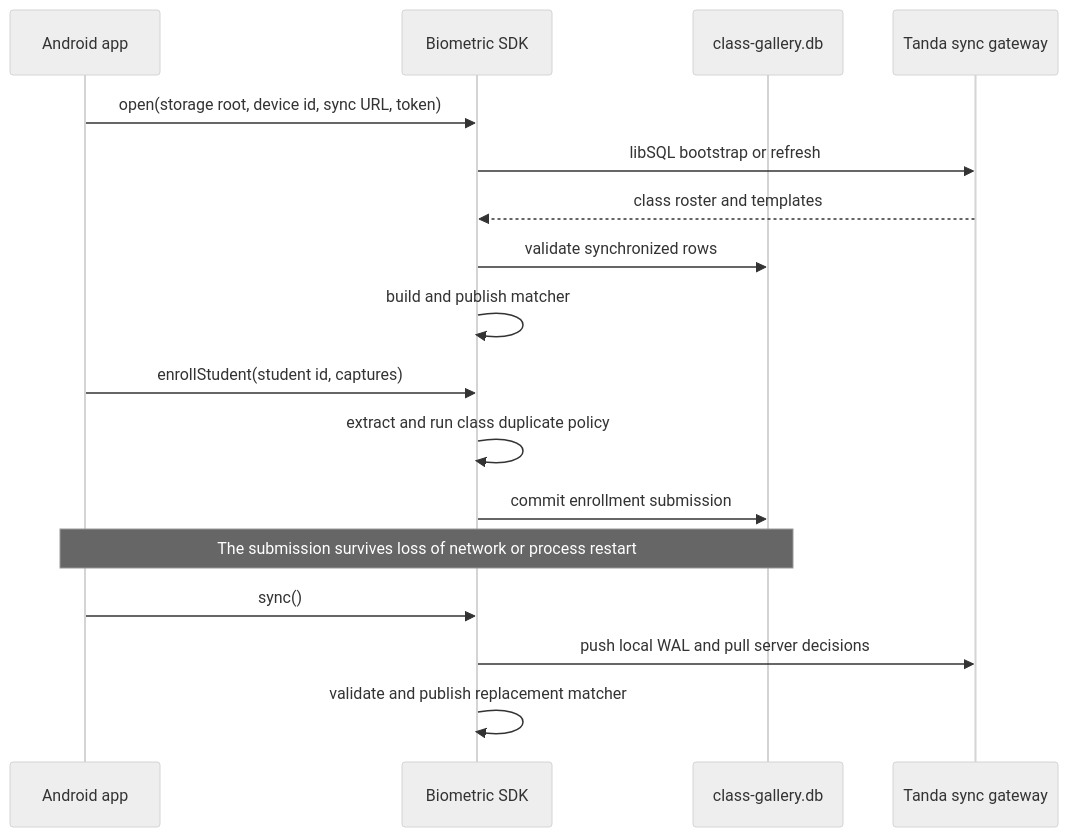
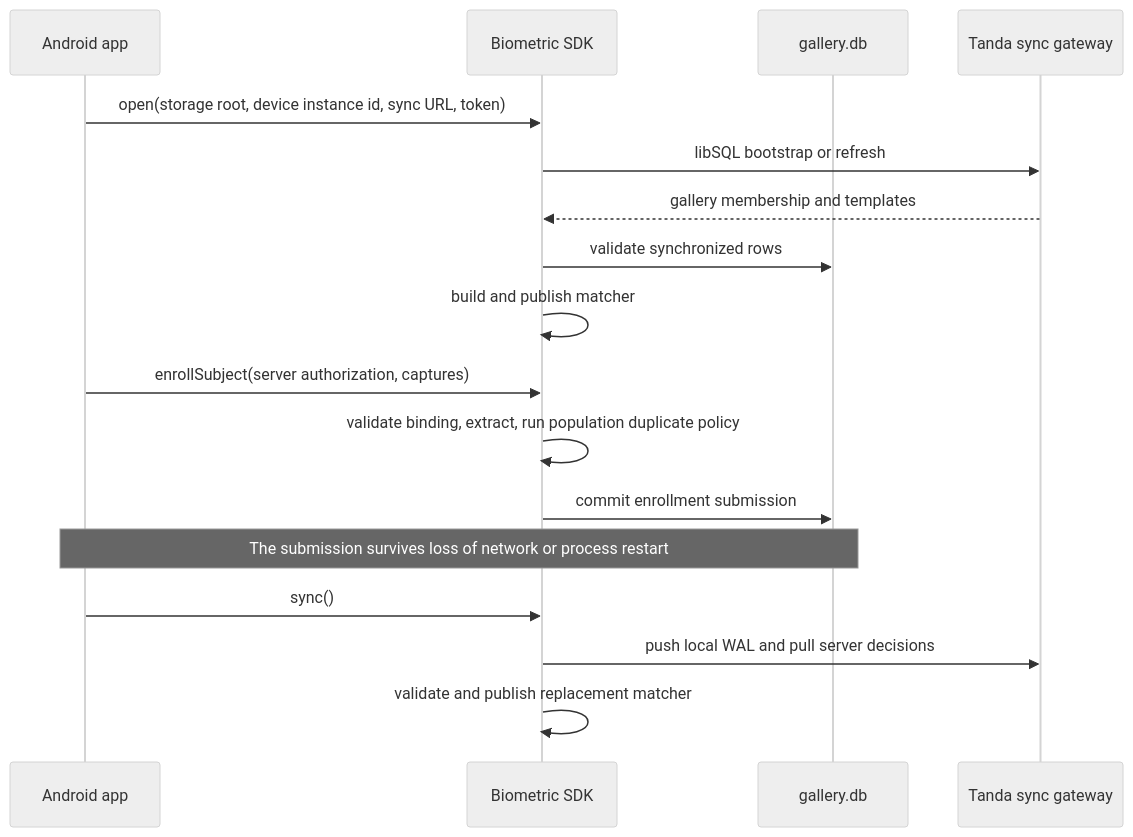
The second of 2 diagrams in feature/biometrics/verification/src/commonMain/rust/README.md (DataInfosec/tanda), drawn with Mermaid (neutral theme) before and after one commit. The commit also changed other lines of this file and 24 other files, not shown here.

````diff
--- a/feature/biometrics/verification/src/commonMain/rust/README.md
+++ b/feature/biometrics/verification/src/commonMain/rust/README.md
@@ -56,20 +57,20 @@
 ```mermaid
 sequenceDiagram
     participant App as Android app
     participant SDK as Biometric SDK
-    participant DB as class-gallery.db
+    participant DB as gallery.db
     participant Gateway as Tanda sync gateway
 
-    App->>SDK: open(storage root, device id, sync URL, token)
+    App->>SDK: open(storage root, device instance id, sync URL, token)
     SDK->>Gateway: libSQL bootstrap or refresh
-    Gateway-->>SDK: class roster and templates
+    Gateway-->>SDK: gallery membership and templates
     SDK->>DB: validate synchronized rows
     SDK->>SDK: build and publish matcher
-    App->>SDK: enrollStudent(student id, captures)
-    SDK->>SDK: extract and run class duplicate policy
+    App->>SDK: enrollSubject(server authorization, captures)
+    SDK->>SDK: validate binding, extract, run population duplicate policy
     SDK->>DB: commit enrollment submission
     Note over App,DB: The submission survives loss of network or process restart
     App->>SDK: sync()
     SDK->>Gateway: push local WAL and pull server decisions
     SDK->>SDK: validate and publish replacement matcher
 ```
````
